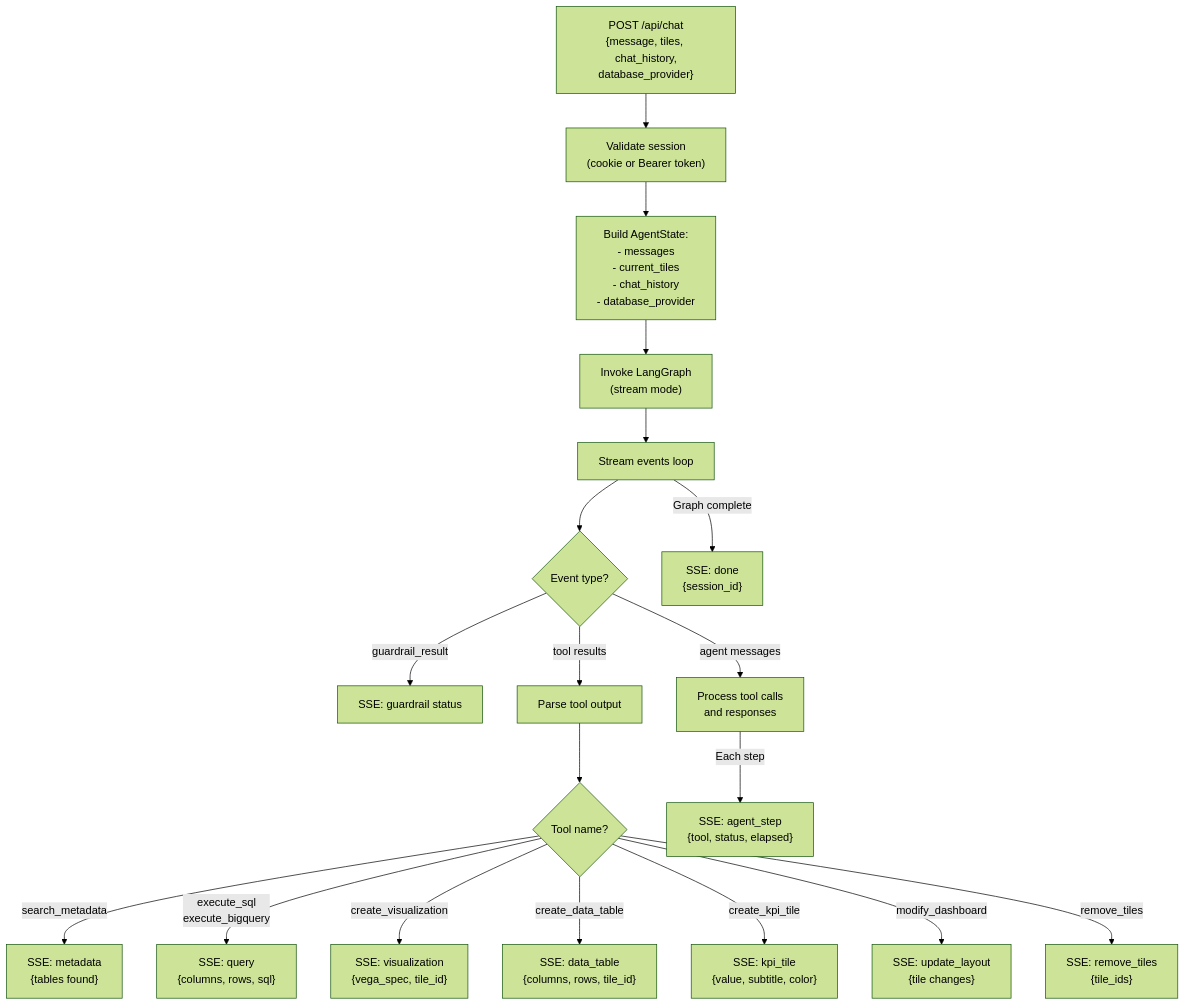
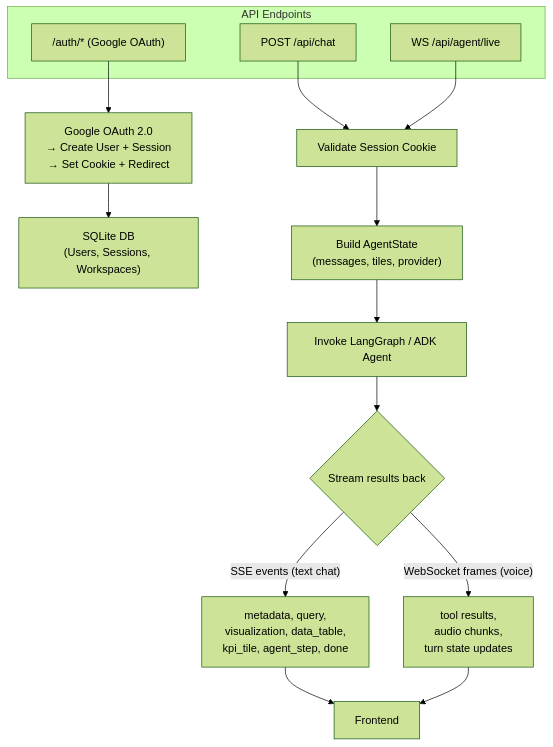
The diagram in docs/flowcharts/03-backend-workflow.md (anduriroshan/Agentic-Boards-Gemini), drawn with Mermaid (forest theme) before and after one commit. The commit also changed other lines of this file and 4 other files, not shown here.

Commit message:
refactor: Simplify and enhance workflow diagrams for overall system, frontend, backend, agentic, and deployment processes

````diff
--- a/docs/flowcharts/03-backend-workflow.md
+++ b/docs/flowcharts/03-backend-workflow.md
@@ -58,29 +3,25 @@
 ```mermaid
 flowchart TD
-    Request["POST /api/chat<br/>{message, tiles, chat_history,<br/>database_provider}"]
-    --> ValidateSession["Validate session<br/>(cookie or Bearer token)"]
-    --> BuildState["Build AgentState:<br/>- messages<br/>- current_tiles<br/>- chat_history<br/>- database_provider"]
-    --> InvokeGraph["Invoke LangGraph<br/>(stream mode)"]
+    subgraph Endpoints["API Endpoints"]
+        ChatEndpoint["POST /api/chat"]
+        LiveEndpoint["WS /api/agent/live"]
+        AuthEndpoint["/auth/* (Google OAuth)"]
+    end
 
-    InvokeGraph --> StreamLoop["Stream events loop"]
+    ChatEndpoint --> ValidateSession["Validate Session Cookie"]
+    LiveEndpoint --> ValidateSession
+    AuthEndpoint --> OAuthFlow["Google OAuth 2.0<br/>→ Create User + Session<br/>→ Set Cookie + Redirect"]
+    OAuthFlow --> SQLite["SQLite DB<br/>(Users, Sessions, Workspaces)"]
 
-    StreamLoop --> CheckEvent{"Event type?"}
+    ValidateSession --> BuildState["Build AgentState<br/>(messages, tiles, provider)"]
+    BuildState --> InvokeAgent["Invoke LangGraph / ADK Agent"]
 
-    CheckEvent -->|"guardrail_result"| GuardEvent["SSE: guardrail status"]
-    CheckEvent -->|"agent messages"| AgentEvent["Process tool calls<br/>and responses"]
-    CheckEvent -->|"tool results"| ToolEvent["Parse tool output"]
+    InvokeAgent --> StreamBack{"Stream results back"}
 
-    ToolEvent --> ToolType{"Tool name?"}
+    StreamBack -->|"SSE events (text chat)"| SSEEvents["metadata, query,<br/>visualization, data_table,<br/>kpi_tile, agent_step, done"]
 
-    ToolType -->|"search_metadata"| MetaSSE["SSE: metadata<br/>{tables found}"]
-    ToolType -->|"execute_sql<br/>execute_bigquery"| QuerySSE["SSE: query<br/>{columns, rows, sql}"]
-    ToolType -->|"create_visualization"| VizSSE["SSE: visualization<br/>{vega_spec, tile_id}"]
-    ToolType -->|"create_data_table"| TableSSE["SSE: data_table<br/>{columns, rows, tile_id}"]
-    ToolType -->|"create_kpi_tile"| KPISSE["SSE: kpi_tile<br/>{value, subtitle, color}"]
-    ToolType -->|"modify_dashboard"| LayoutSSE["SSE: update_layout<br/>{tile changes}"]
-    ToolType -->|"remove_tiles"| RemoveSSE["SSE: remove_tiles<br/>{tile_ids}"]
+    StreamBack -->|"WebSocket frames (voice)"| WSEvents["tool results,<br/>audio chunks,<br/>turn state updates"]
 
-    AgentEvent -->|"Each step"| StepSSE["SSE: agent_step<br/>{tool, status, elapsed}"]
-
-    StreamLoop -->|"Graph complete"| DoneSSE["SSE: done<br/>{session_id}"]
+    SSEEvents --> Client["Frontend"]
+    WSEvents --> Client
 ```
````
